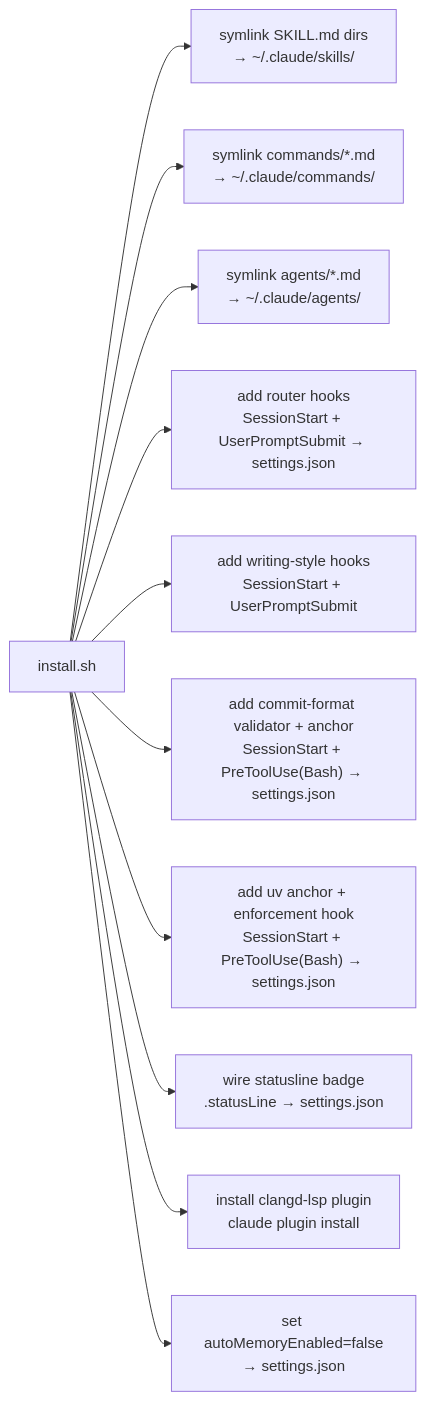
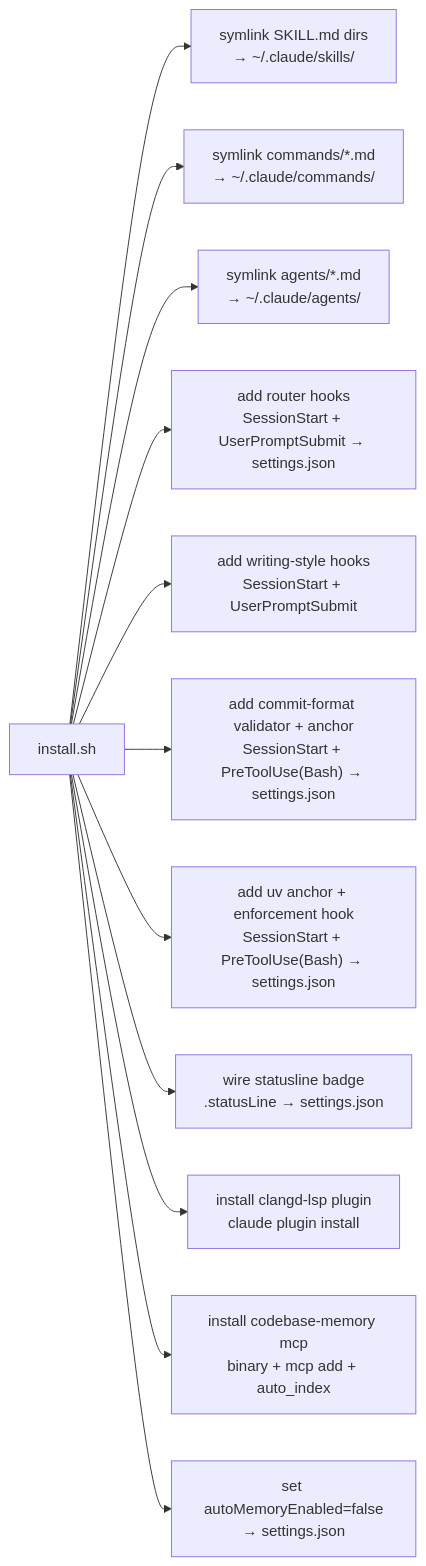
Before and after one commit to ubunish/nish-ai: the first of 3 diagrams in README.md, drawn with Mermaid. The commit also changed other lines of this file, not shown here.

Commit message:
docs: document codebase-memory in nish-ai

````diff
--- a/README.md
+++ b/README.md
@@ -131,13 +145,14 @@
 ```mermaid
 flowchart LR
     I["install.sh"] --> S["symlink SKILL.md dirs<br/>→ ~/.claude/skills/"]
     I --> C["symlink commands/*.md<br/>→ ~/.claude/commands/"]
     I --> AG["symlink agents/*.md<br/>→ ~/.claude/agents/"]
     I --> HR["add router hooks<br/>SessionStart + UserPromptSubmit → settings.json"]
     I --> HS["add writing-style hooks<br/>SessionStart + UserPromptSubmit"]
     I --> HV["add commit-format validator + anchor<br/>SessionStart + PreToolUse(Bash) → settings.json"]
     I --> HU["add uv anchor + enforcement hook<br/>SessionStart + PreToolUse(Bash) → settings.json"]
     I --> SL["wire statusline badge<br/>.statusLine → settings.json"]
     I --> PL["install clangd-lsp plugin<br/>claude plugin install"]
+    I --> MM["install codebase-memory mcp<br/>binary + mcp add + auto_index"]
     I --> M["set autoMemoryEnabled=false<br/>→ settings.json"]
 ```
````
